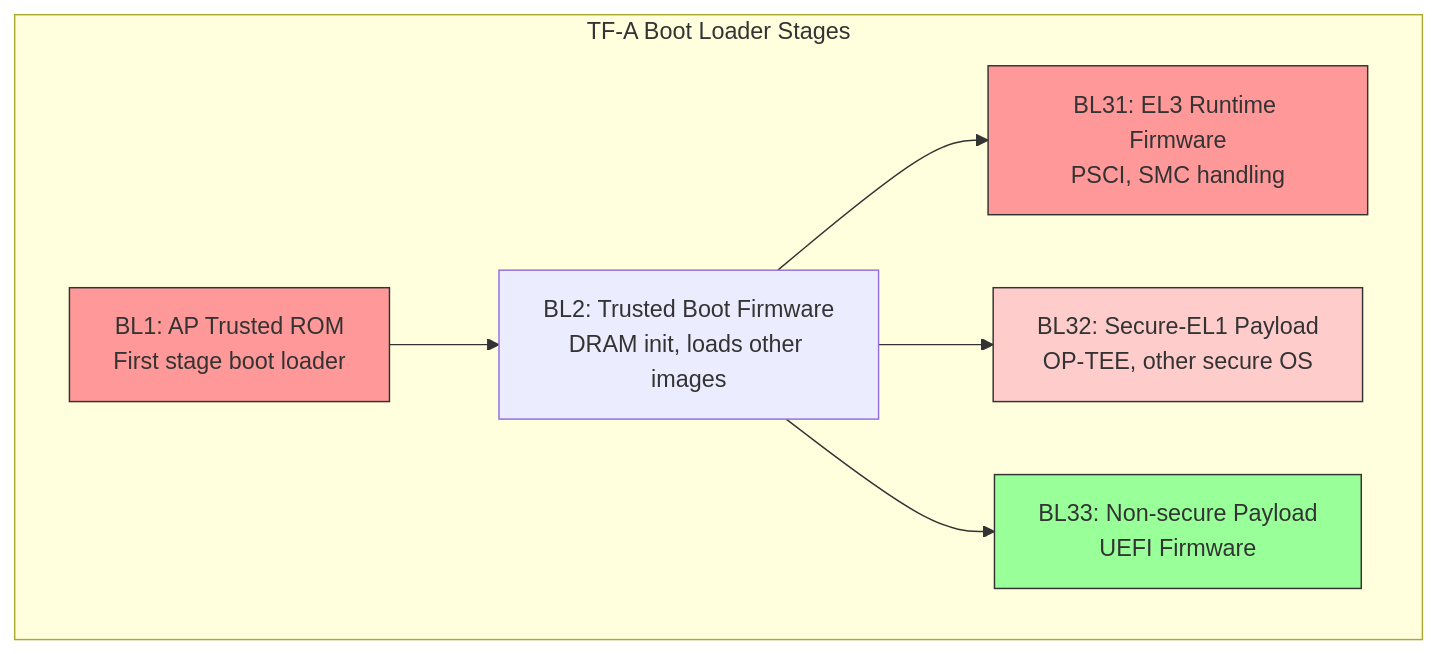
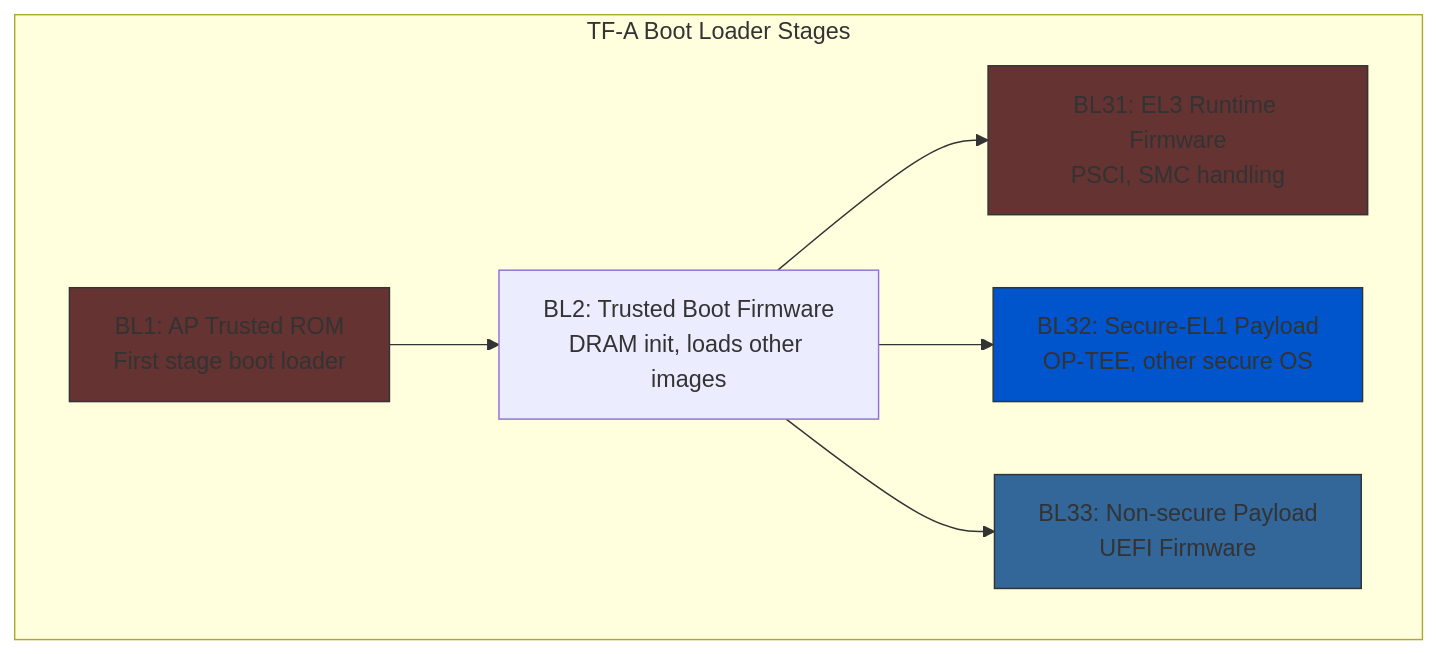
One commit to MichaelTien8901/uefi-guide-tutorial changed the first of 3 diagrams in part4/23-arm-uefi/23-3-trusted-firmware.md. Above: the diagram before and after it, drawn with Mermaid.

Commit message:
Update Mermaid diagram colors for accessibility
Adjust TF-A boot flow diagram colors to improve accessibility
and contrast compliance.

````diff
--- a/part4/23-arm-uefi/23-3-trusted-firmware.md
+++ b/part4/23-arm-uefi/23-3-trusted-firmware.md
@@ -16,20 +16,20 @@
 ```mermaid
 graph TB
     subgraph "TF-A Boot Loader Stages"
         BL1[BL1: AP Trusted ROM<br/>First stage boot loader]
         BL2[BL2: Trusted Boot Firmware<br/>DRAM init, loads other images]
         BL31[BL31: EL3 Runtime Firmware<br/>PSCI, SMC handling]
         BL32[BL32: Secure-EL1 Payload<br/>OP-TEE, other secure OS]
         BL33[BL33: Non-secure Payload<br/>UEFI Firmware]
     end
 
     BL1 --> BL2
     BL2 --> BL31
     BL2 --> BL32
     BL2 --> BL33
 
-    style BL1 fill:#f99,stroke:#333
-    style BL31 fill:#f99,stroke:#333
-    style BL32 fill:#fcc,stroke:#333
-    style BL33 fill:#9f9,stroke:#333
+    style BL1 fill:#633,stroke:#333
+    style BL31 fill:#633,stroke:#333
+    style BL32 fill:#05c,stroke:#333
+    style BL33 fill:#369,stroke:#333
 ```
````
